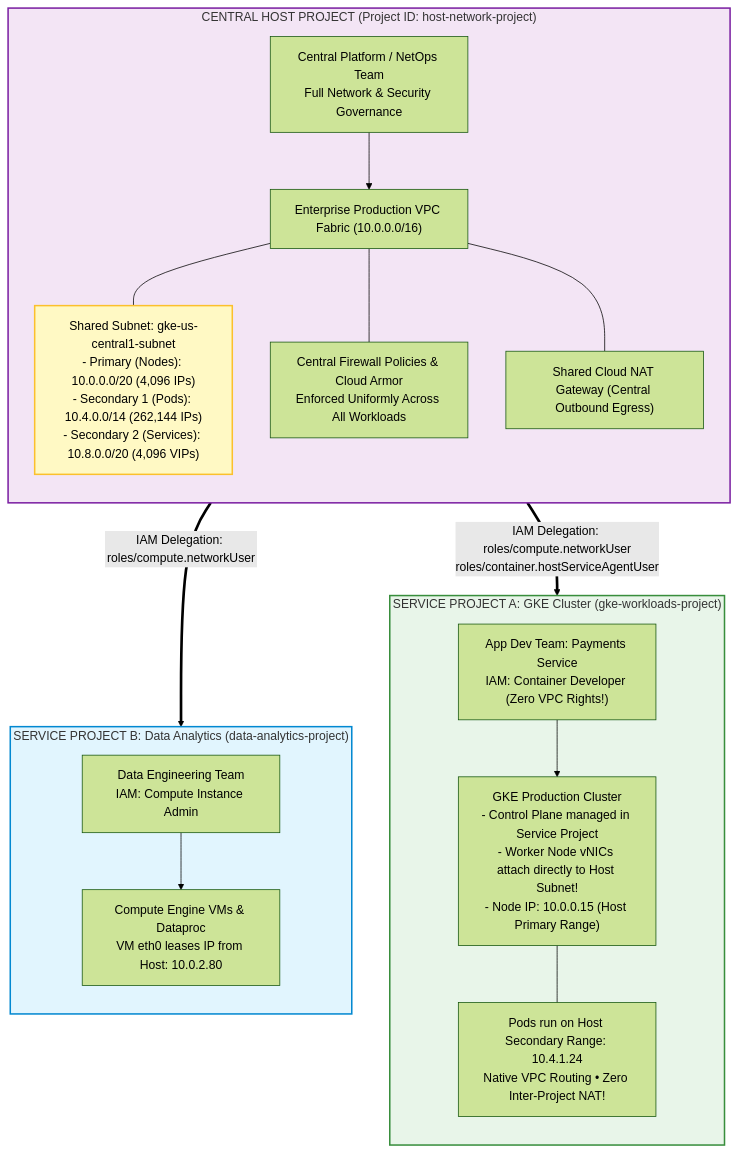
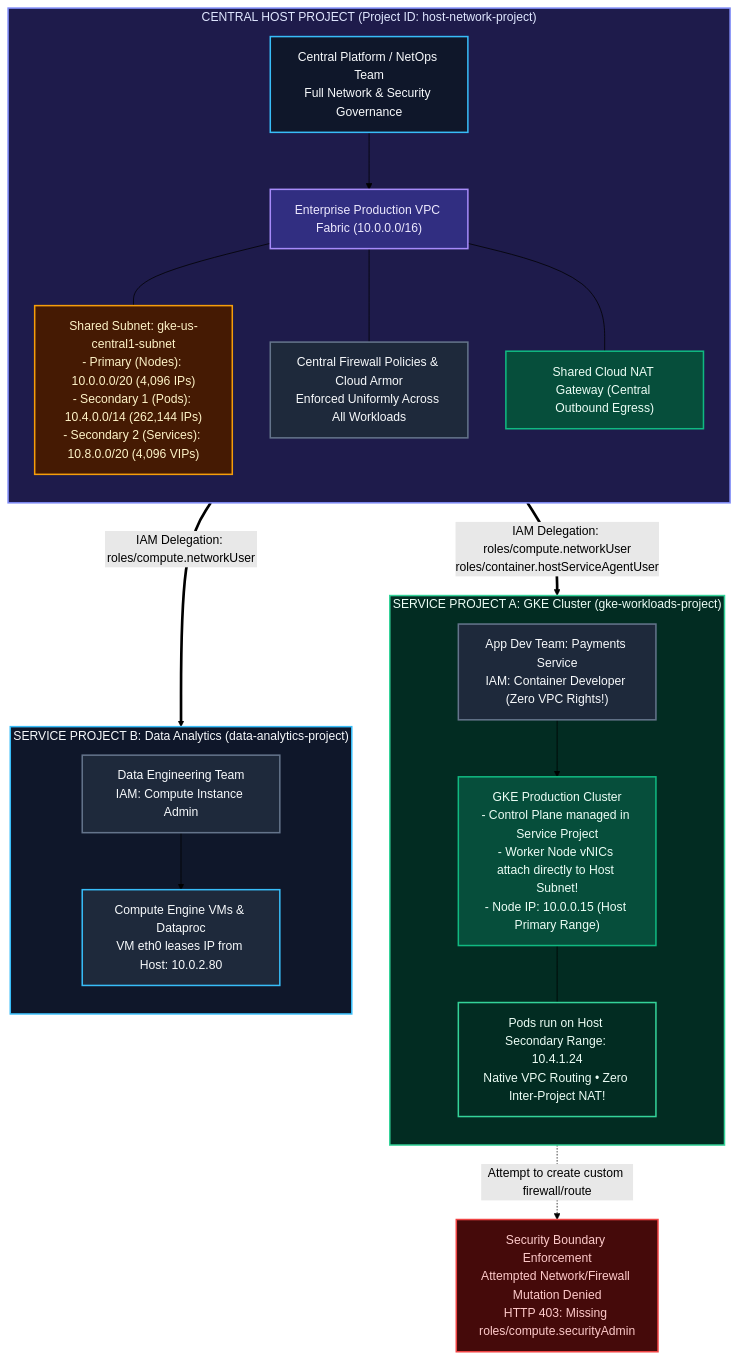
Diagram 12 of 15 in kubernetes/networking-shell-command.md (Chief-Strategist-J/gcd), drawn with Mermaid (forest theme) before and after one commit. The commit also changed other lines of this file, not shown here.

Commit message:
fix(mermaid): resolve syntax parse errors and apply dark theme colors with clear error pathways

````diff
--- a/kubernetes/networking-shell-command.md
+++ b/kubernetes/networking-shell-command.md
@@ -1819,46 +1845,60 @@
 ```mermaid
 graph TB
     subgraph HostProject["CENTRAL HOST PROJECT (Project ID: host-network-project)"]
         direction TB
         HostAdmin["Central Platform / NetOps Team<br/>Full Network & Security Governance"]
         VPCNet["Enterprise Production VPC Fabric (10.0.0.0/16)"]
         
         SharedSubnet["Shared Subnet: gke-us-central1-subnet<br/>- Primary (Nodes): 10.0.0.0/20 (4,096 IPs)<br/>- Secondary 1 (Pods): 10.4.0.0/14 (262,144 IPs)<br/>- Secondary 2 (Services): 10.8.0.0/20 (4,096 VIPs)"]
         
         SecurityPolicies["Central Firewall Policies & Cloud Armor<br/>Enforced Uniformly Across All Workloads"]
         CloudNATGW["Shared Cloud NAT Gateway (Central Outbound Egress)"]
 
         HostAdmin --> VPCNet
         VPCNet --- SharedSubnet
         VPCNet --- SecurityPolicies
         VPCNet --- CloudNATGW
     end
 
     SharedSubnet == "IAM Delegation: roles/compute.networkUser<br/>roles/container.hostServiceAgentUser" ==> ServiceGKE
     SharedSubnet == "IAM Delegation: roles/compute.networkUser" ==> ServiceVMs
 
     subgraph ServiceProject1["SERVICE PROJECT A: GKE Cluster (gke-workloads-project)"]
         direction TB
         GKEAdmin["App Dev Team: Payments Service<br/>IAM: Container Developer (Zero VPC Rights!)"]
         
         ServiceGKE["GKE Production Cluster<br/>- Control Plane managed in Service Project<br/>- Worker Node vNICs attach directly to Host Subnet!<br/>- Node IP: 10.0.0.15 (Host Primary Range)"]
         
         GKEPodsWorkload["Pods run on Host Secondary Range: 10.4.1.24<br/>Native VPC Routing • Zero Inter-Project NAT!"]
         
         GKEAdmin --> ServiceGKE
         ServiceGKE --- GKEPodsWorkload
     end
 
     subgraph ServiceProject2["SERVICE PROJECT B: Data Analytics (data-analytics-project)"]
         direction TB
         DataTeam["Data Engineering Team<br/>IAM: Compute Instance Admin"]
         
         ServiceVMs["Compute Engine VMs & Dataproc<br/>VM eth0 leases IP from Host: 10.0.2.80"]
         DataTeam --> ServiceVMs
     end
 
-    style HostProject fill:#f3e5f5,stroke:#7b1fa2,stroke-width:2px
-    style ServiceProject1 fill:#e8f5e9,stroke:#388e3c,stroke-width:2px
-    style ServiceProject2 fill:#e1f5fe,stroke:#0288d1,stroke-width:2px
-    style SharedSubnet fill:#fff9c4,stroke:#fbc02d,stroke-width:2px
+    BlockUnauthorized["Security Boundary Enforcement<br/>Attempted Network/Firewall Mutation Denied<br/>HTTP 403: Missing roles/compute.securityAdmin"]
+
+    GKEAdmin -.->|"Attempt to create custom firewall/route"| BlockUnauthorized
+
+    style HostProject fill:#1e1b4b,stroke:#818cf8,stroke-width:2px,color:#e0e7ff
+    style VPCNet fill:#312e81,stroke:#a78bfa,stroke-width:2px,color:#ede9fe
+    style HostAdmin fill:#0f172a,stroke:#38bdf8,stroke-width:2px,color:#f8fafc
+    style SharedSubnet fill:#451a03,stroke:#f59e0b,stroke-width:2px,color:#fef3c7
+    style SecurityPolicies fill:#1e293b,stroke:#64748b,stroke-width:2px,color:#f8fafc
+    style CloudNATGW fill:#064e3b,stroke:#10b981,stroke-width:2px,color:#ecfdf5
+    style ServiceProject1 fill:#022c22,stroke:#34d399,stroke-width:2px,color:#ecfdf5
+    style GKEAdmin fill:#1e293b,stroke:#64748b,stroke-width:2px,color:#f8fafc
+    style ServiceGKE fill:#064e3b,stroke:#10b981,stroke-width:2px,color:#ecfdf5
+    style GKEPodsWorkload fill:#022c22,stroke:#34d399,stroke-width:2px,color:#ecfdf5
+    style ServiceProject2 fill:#0f172a,stroke:#38bdf8,stroke-width:2px,color:#f8fafc
+    style DataTeam fill:#1e293b,stroke:#64748b,stroke-width:2px,color:#f8fafc
+    style ServiceVMs fill:#1e293b,stroke:#38bdf8,stroke-width:2px,color:#f8fafc
+    style BlockUnauthorized fill:#450a0a,stroke:#ef4444,stroke-width:2px,color:#fecaca
 ```
````
